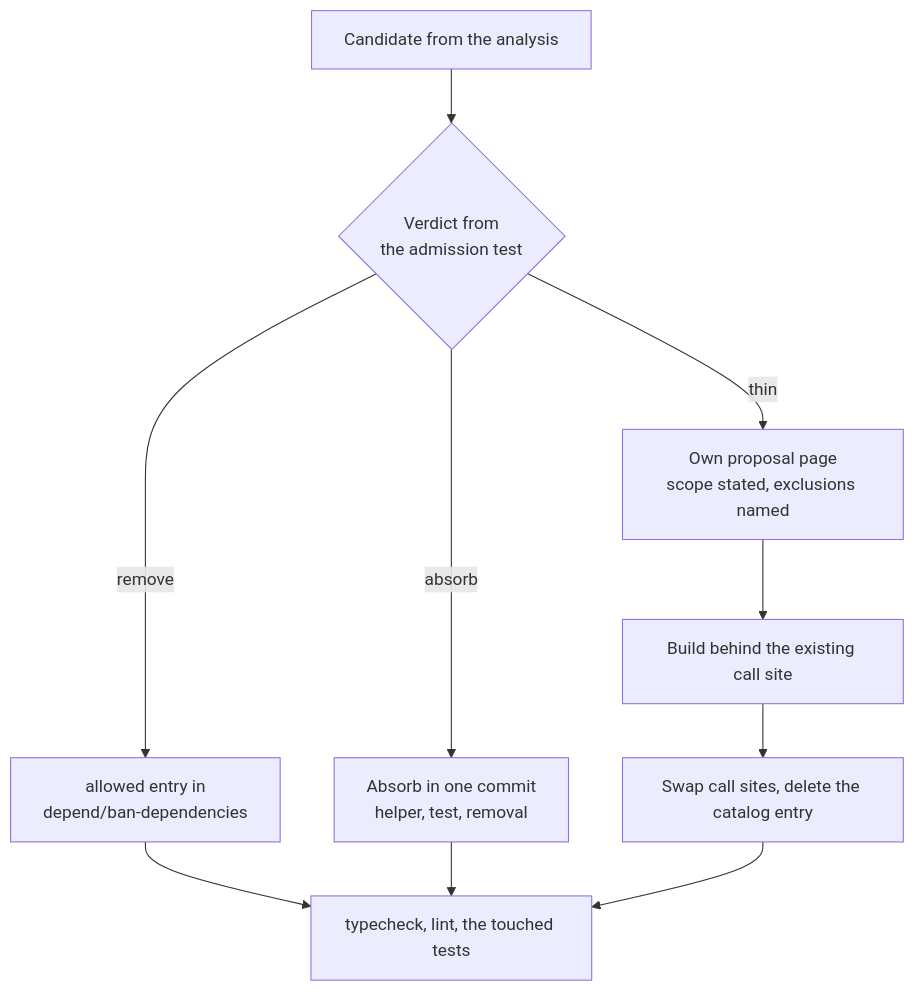
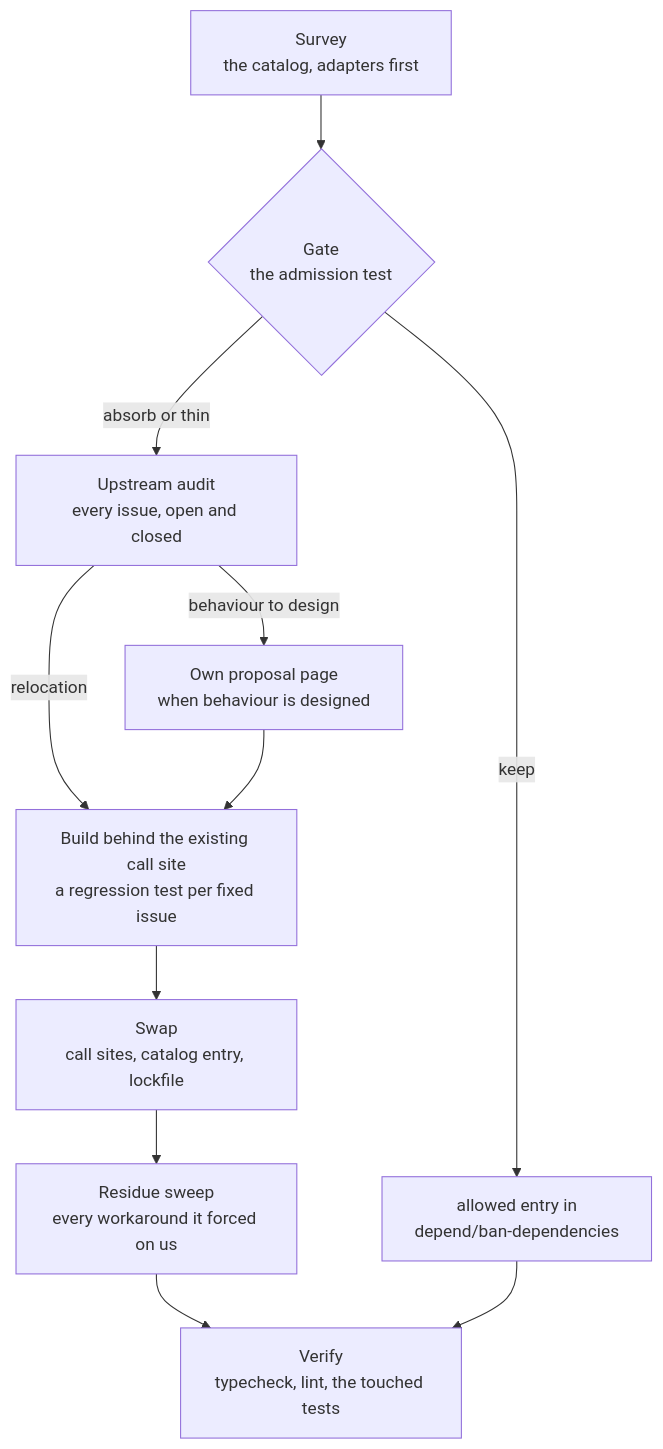
Before and after one commit to Esposter/Esposter: the second of 3 diagrams in apps/web/content/docs/architecture/dependency-admission.md, drawn with Mermaid. The commit also changed other lines of this file and 5 other files, not shown here.

First line of the commit message:
docs(dependencies): name the absorption flow and give it a skill

````diff
--- a/apps/web/content/docs/architecture/dependency-admission.md
+++ b/apps/web/content/docs/architecture/dependency-admission.md
@@ -109,20 +116,22 @@
 ```mermaid
 flowchart TD
-  candidate["Candidate from the analysis"]
-  gate{"Verdict from<br/>the admission test"}
+  survey["Survey<br/>the catalog, adapters first"]
+  gate{"Gate<br/>the admission test"}
   enforcer["allowed entry in<br/>depend/ban-dependencies"]
-  small["Absorb in one commit<br/>helper, test, removal"]
-  spec["Own proposal page<br/>scope stated, exclusions named"]
-  build["Build behind the existing call site"]
-  swap["Swap call sites, delete the catalog entry"]
-  verify["typecheck, lint, the touched tests"]
-  candidate --> gate
-  gate -->|remove| enforcer
-  gate -->|absorb| small
-  gate -->|thin| spec
-  enforcer --> verify
-  small --> verify
+  audit["Upstream audit<br/>every issue, open and closed"]
+  spec["Own proposal page<br/>when behaviour is designed"]
+  build["Build behind the existing call site<br/>a regression test per fixed issue"]
+  swap["Swap<br/>call sites, catalog entry, lockfile"]
+  residue["Residue sweep<br/>every workaround it forced on us"]
+  verify["Verify<br/>typecheck, lint, the touched tests"]
+  survey --> gate
+  gate -->|keep| enforcer
+  gate -->|absorb or thin| audit
+  audit -->|behaviour to design| spec
+  audit -->|relocation| build
   spec --> build
   build --> swap
-  swap --> verify
+  swap --> residue
+  residue --> verify
+  enforcer --> verify
 ```
````
